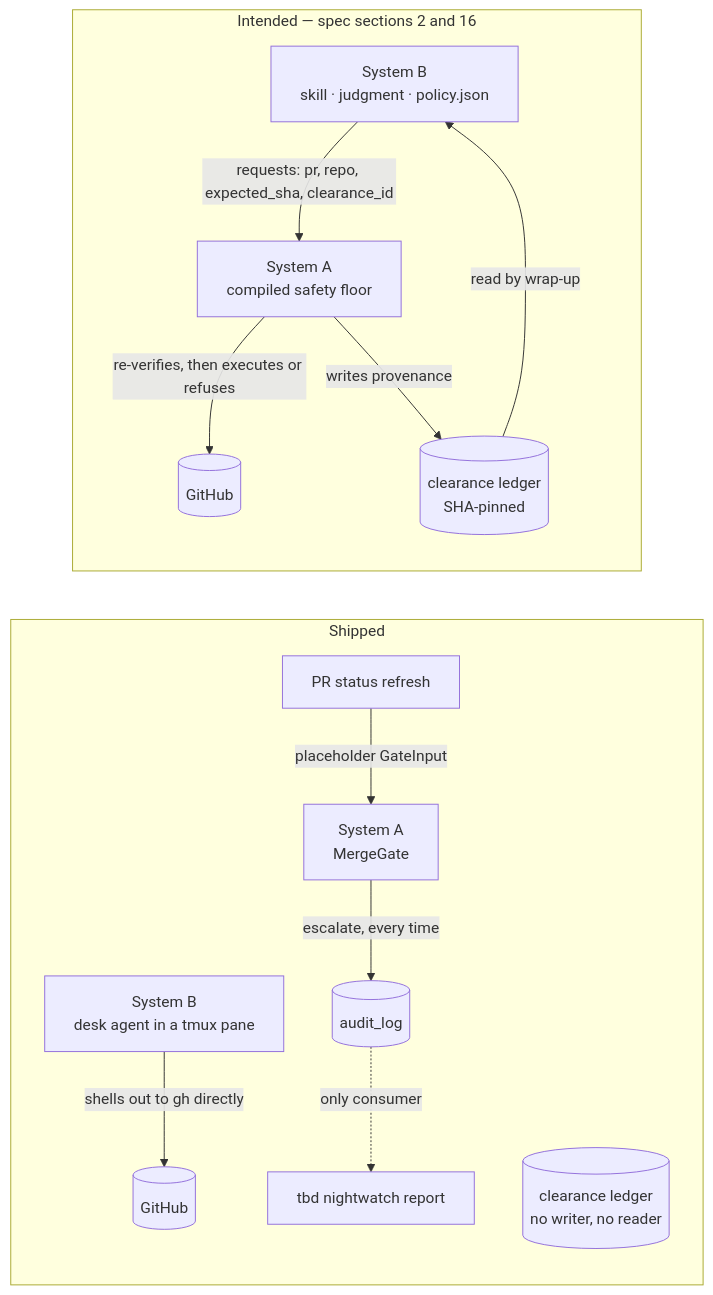
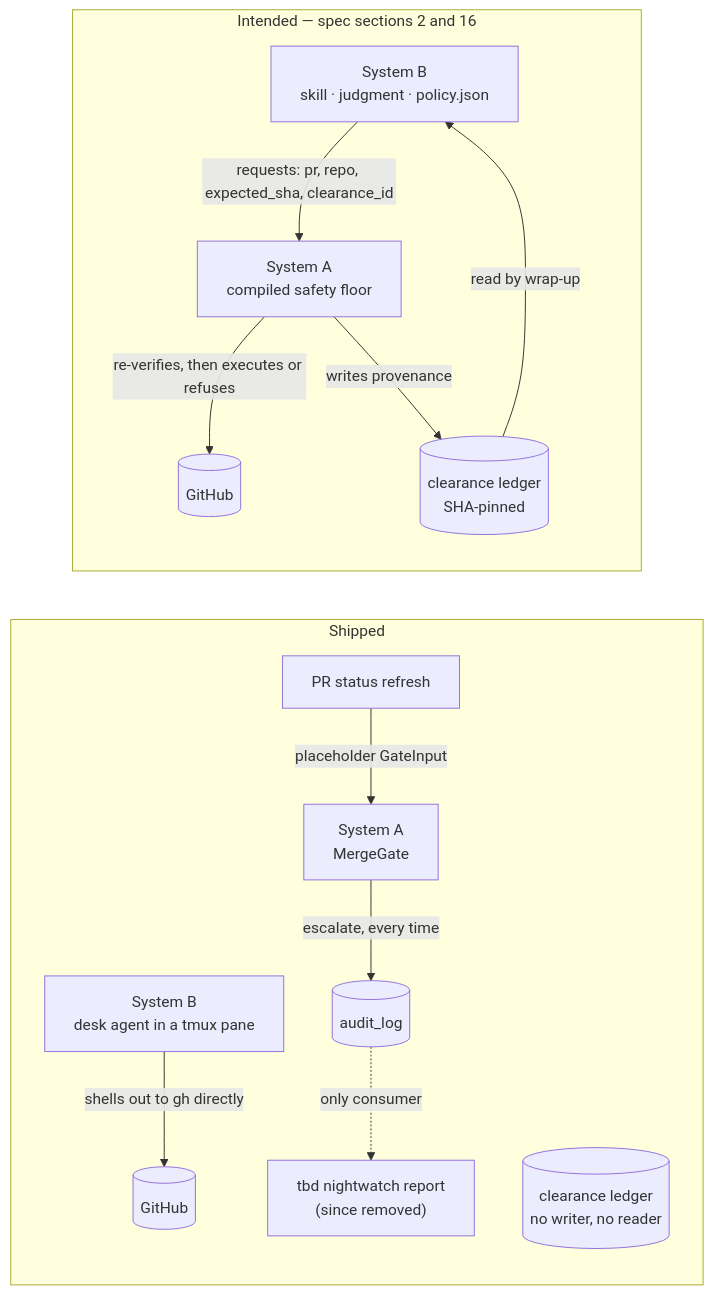
The fifth of 5 diagrams in docs/nightwatch.md (cheapsteak/tbd), drawn with Mermaid before and after one commit. The commit also changed other lines of this file and 2 other files, not shown here.

````diff
--- a/docs/nightwatch.md
+++ b/docs/nightwatch.md
@@ -388,31 +388,31 @@
 ```mermaid
 flowchart TB
   subgraph INTENDED["Intended — spec sections 2 and 16"]
     direction TB
     B1["System B<br/>skill · judgment · policy.json"]
     A1["System A<br/>compiled safety floor"]
     CL1[("clearance ledger<br/>SHA-pinned")]
     GH1[("GitHub")]
     B1 -->|"requests: pr, repo, expected_sha, clearance_id"| A1
     A1 -->|"re-verifies, then executes or refuses"| GH1
     A1 -->|"writes provenance"| CL1
     CL1 -->|"read by wrap-up"| B1
   end
 
   subgraph SHIPPED["Shipped"]
     direction TB
     B2["System B<br/>desk agent in a tmux pane"]
     PRS["PR status refresh"]
     A2["System A<br/>MergeGate"]
     AUD[("audit_log")]
-    RPT["tbd nightwatch report"]
+    RPT["tbd nightwatch report<br/>(since removed)"]
     CL2[("clearance ledger<br/>no writer, no reader")]
     GH2[("GitHub")]
     B2 -->|"shells out to gh directly"| GH2
     PRS -->|"placeholder GateInput"| A2
     A2 -->|"escalate, every time"| AUD
     AUD -.->|"only consumer"| RPT
   end
 
   INTENDED ~~~ SHIPPED
 ```
````
